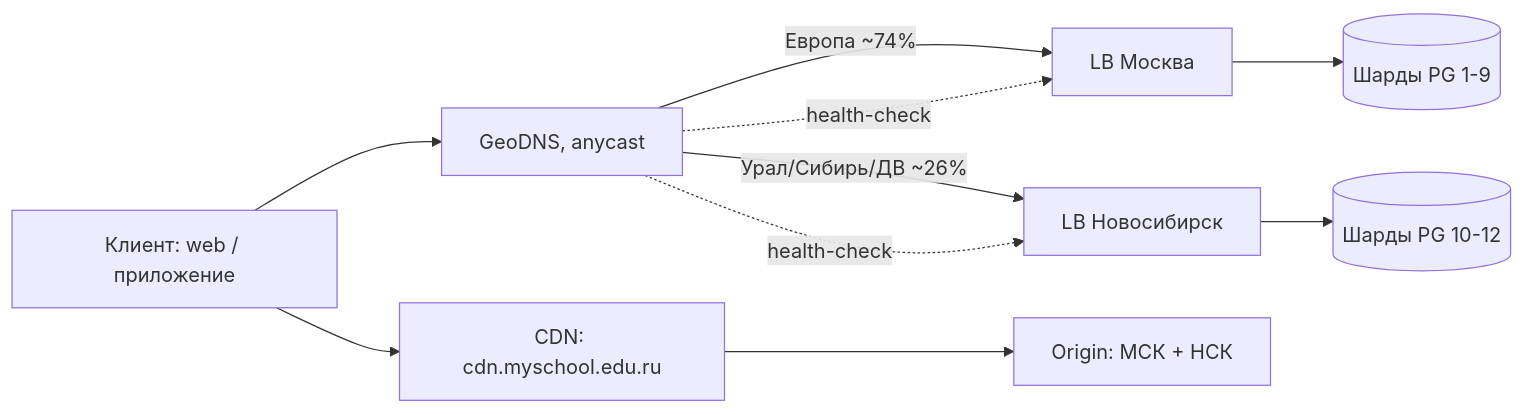
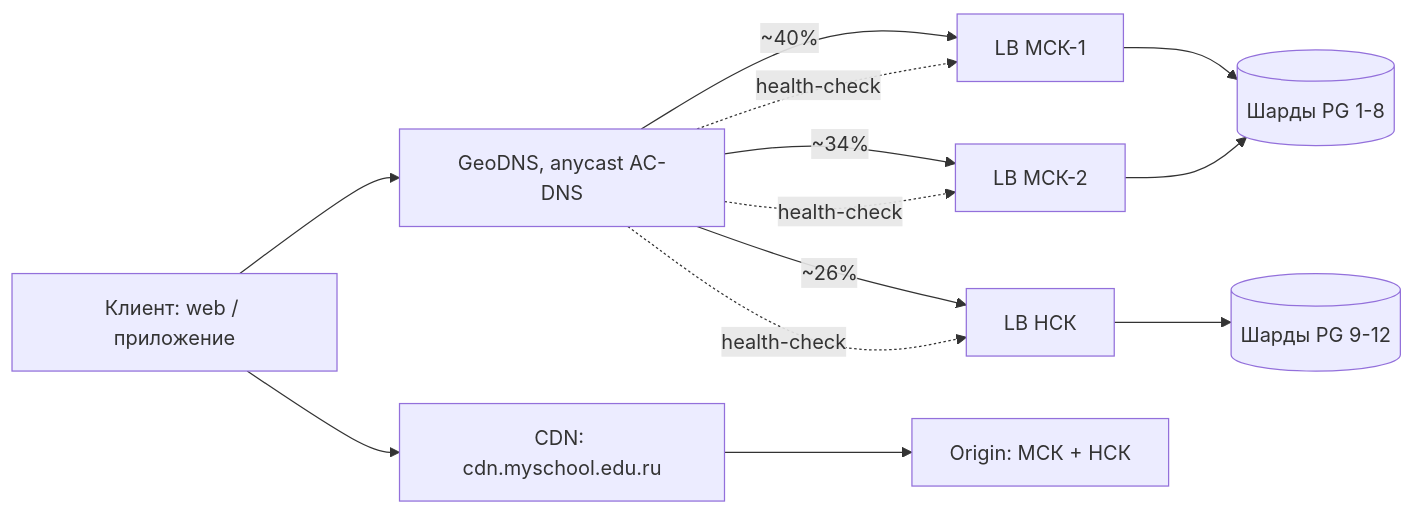
One commit to artiomkovalev/highload_vk_course_work changed the second of 6 diagrams in README.md. Above: the diagram before and after it, drawn with Mermaid. The commit also changed other lines of this file, not shown here.

````diff
--- a/README.md
+++ b/README.md
@@ -278,12 +340,14 @@
 ```mermaid
 flowchart LR
-    U[Клиент: web / приложение] --> D[GeoDNS, anycast]
-    D -->|Европа ~74%| M[LB Москва]
-    D -->|Урал/Сибирь/ДВ ~26%| N[LB Новосибирск]
-    M --> MS[(Шарды PG 1-9)]
-    N --> NS[(Шарды PG 10-12)]
-    D -. health-check .-> M
+    U[Клиент: web / приложение] --> D[GeoDNS, anycast AC-DNS]
+    D -->|~40%| M1[LB МСК-1]
+    D -->|~34%| M2[LB МСК-2]
+    D -->|~26%| N[LB НСК]
+    M1 & M2 --> S12[(Шарды PG 1-8)]
+    N --> S34[(Шарды PG 9-12)]
+    D -. health-check .-> M1
+    D -. health-check .-> M2
     D -. health-check .-> N
     U --> C[CDN: cdn.myschool.edu.ru]
     C --> O[Origin: МСК + НСК]
 ```
````
